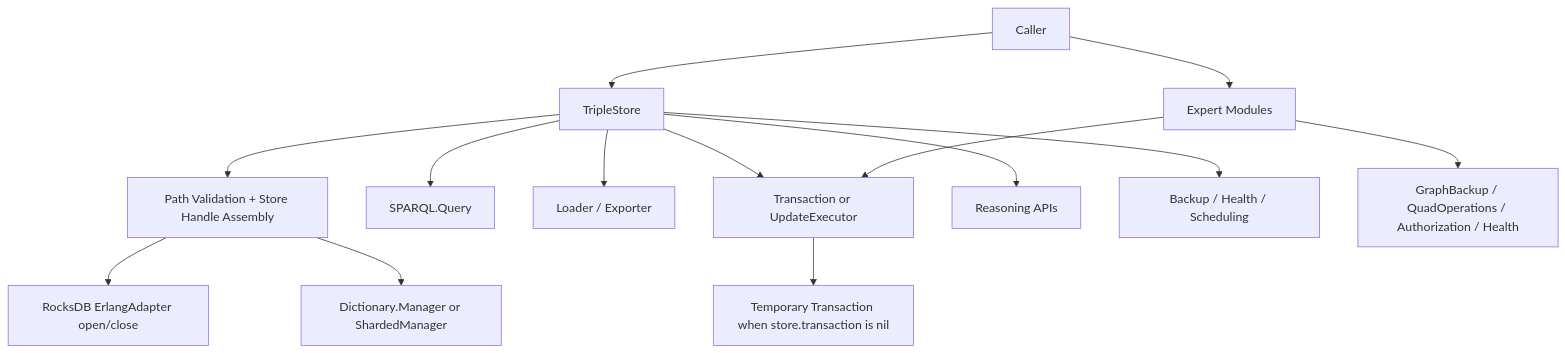
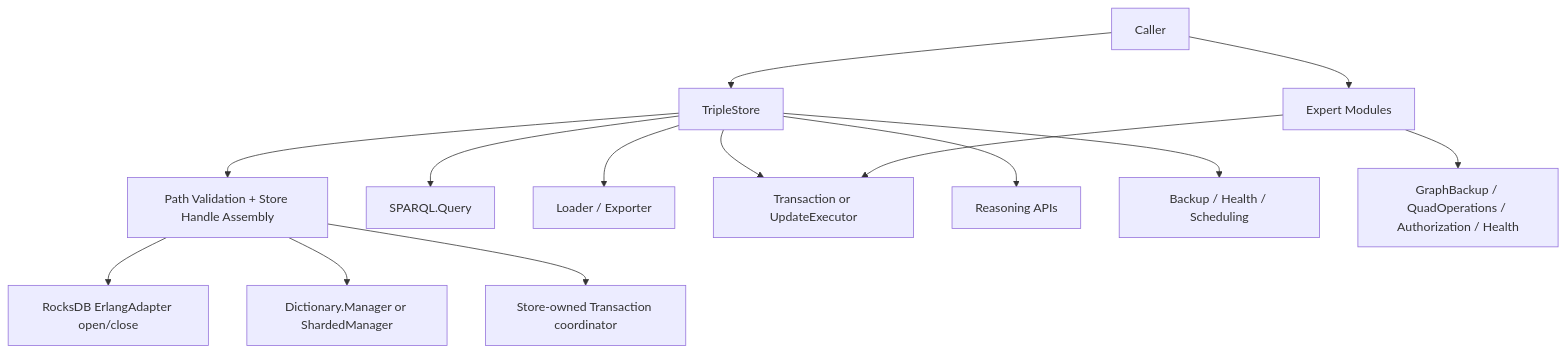
Before and after one commit to pcharbon70/triple_store: the diagram in specs/runtime/public_api_and_store_lifecycle.md, drawn with Mermaid. The commit also changed other lines of this file and 13 other files, not shown here.

Commit message:
feat: own transaction coordinator per store

````diff
--- a/specs/runtime/public_api_and_store_lifecycle.md
+++ b/specs/runtime/public_api_and_store_lifecycle.md
@@ -44,18 +44,18 @@
 ```mermaid
 graph TD
   A["Caller"] --> B["TripleStore"]
   A --> C["Expert Modules"]
   B --> D["Path Validation + Store Handle Assembly"]
   B --> E["SPARQL.Query"]
   B --> F["Loader / Exporter"]
   B --> G["Transaction or UpdateExecutor"]
   B --> H["Reasoning APIs"]
   B --> I["Backup / Health / Scheduling"]
 
   C --> G
   C --> J["GraphBackup / QuadOperations / Authorization / Health"]
 
   D --> K["RocksDB ErlangAdapter open/close"]
   D --> L["Dictionary.Manager or ShardedManager"]
-  G --> M["Temporary Transaction when store.transaction is nil"]
+  D --> M["Store-owned Transaction coordinator"]
 ```
````
